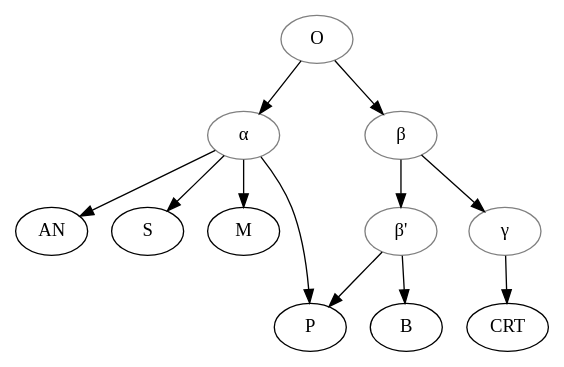
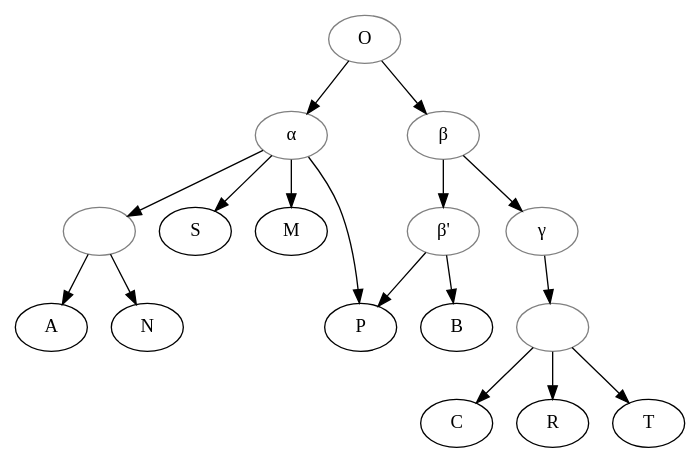
Before and after one commit to OpenStemmata/database: the diagram in Cliges/graph.gv, drawn with Graphviz. The commit also changed 1 other file, not shown here.

Commit message:
corr stemma and graph

```diff
--- a/Cliges/graph.gv
+++ b/Cliges/graph.gv
@@ -1,20 +1,27 @@
 digraph {
     O [color="grey"]
     alpha [label="α", color="grey"]
     beta [label="β", color="grey"]
     betaPrime [label="β'", color="grey"]
     gamma [label="γ", color="grey"]
+		1[label="", color="grey"]
+		2[label="", color="grey"]
 
     O -> alpha;
     O -> beta;
-    alpha -> AN;
+    alpha -> 1;
+		1 -> A;
+		1 -> N
     alpha -> S;
     alpha -> M;
     alpha -> P;
 
     beta -> betaPrime;
     betaPrime -> P;
     betaPrime -> B;
     beta -> gamma;
-    gamma ->CRT;
+    gamma ->2;
+    2 ->C;
+    2 ->R;
+    2 ->T;
 }
```
